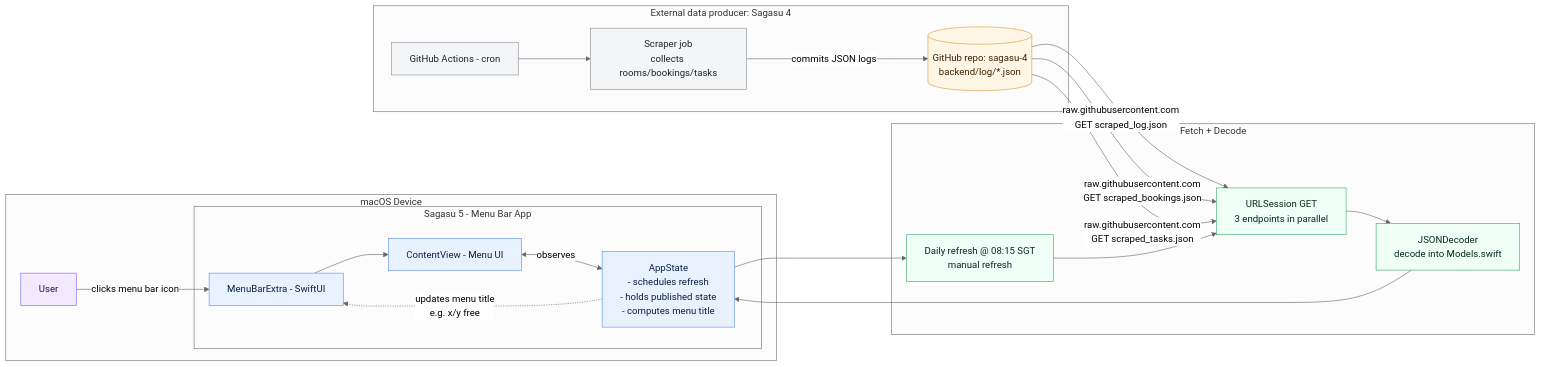
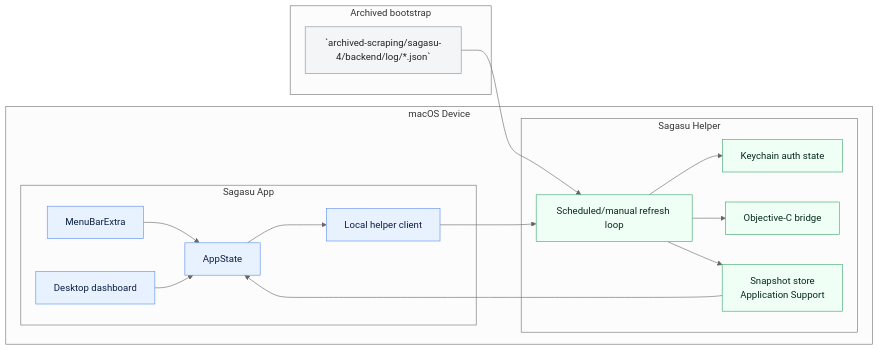
One commit to gongahkia/sagasu-5 changed the diagram in README.md. Above: the diagram before and after it, drawn with Mermaid (neutral theme). The commit also changed other lines of this file, not shown here.

Commit message:
Document the new local app and helper architecture.

````diff
--- a/README.md
+++ b/README.md
@@ -24,61 +24,40 @@
 ```mermaid
 flowchart LR
-  %% Sagasu 5 - Architecture-as-code (Mermaid)
+  classDef app fill:#E8F2FF,stroke:#5B8DEF,stroke-width:1px,color:#0B1F44;
+  classDef helper fill:#EFFFF5,stroke:#3AA76D,stroke-width:1px,color:#062A17;
+  classDef data fill:#FFF6E5,stroke:#D49B3A,stroke-width:1px,color:#3B2103;
+  classDef archive fill:#F4F5F7,stroke:#8A8F98,stroke-width:1px,color:#1F2328;
 
-  %% ===== Styles =====
-  classDef app fill:#E8F2FF,stroke:#5B8DEF,stroke-width:1px,color:#0B1F44;
-  classDef service fill:#EFFFF5,stroke:#3AA76D,stroke-width:1px,color:#062A17;
-  classDef data fill:#FFF6E5,stroke:#D49B3A,stroke-width:1px,color:#3B2103;
-  classDef external fill:#F4F5F7,stroke:#8A8F98,stroke-width:1px,color:#1F2328;
-  classDef user fill:#F2E9FF,stroke:#7B61FF,stroke-width:1px,color:#20124D;
+  subgraph mac[macOS Device]
+    subgraph app[Sagasu App]
+      MB[MenuBarExtra]
+      DASH[Desktop dashboard]
+      STATE[AppState]
+      CLIENT[Local helper client]
+      class MB,DASH,STATE,CLIENT app
+    end
 
-  %% ===== User / Device =====
-  subgraph mac[macOS Device]
-    U[User]
-    class U user
-
-    subgraph s5[Sagasu 5 - Menu Bar App]
-      MB[MenuBarExtra - SwiftUI]
-      UI[ContentView - Menu UI]
-      AS[AppState\n- schedules refresh\n- holds published state\n- computes menu title]
-      class MB,UI,AS app
+    subgraph helper[Sagasu Helper]
+      LOOP[Scheduled/manual refresh loop]
+      STORE[Snapshot store\nApplication Support]
+      AUTH[Keychain auth state]
+      BRIDGE[Objective-C bridge]
+      class LOOP,STORE,AUTH,BRIDGE helper
     end
   end
 
-  U -->|clicks menu bar icon| MB
-  MB --> UI
-  UI <-->|observes| AS
-
-  %% ===== Networking / Fetch =====
-  subgraph net[Fetch + Decode]
-    SCHED[Daily refresh @ 08:15 SGT\nmanual refresh]
-    HTTP[URLSession GET\n3 endpoints in parallel]
-    DEC[JSONDecoder\ndecode into Models.swift]
-    class SCHED,HTTP,DEC service
+  subgraph archive[Archived bootstrap]
+    S4[`archived-scraping/sagasu-4/backend/log/*.json`]
+    class S4 archive
   end
 
-  AS --> SCHED
-  SCHED --> HTTP
-  HTTP --> DEC
-  DEC --> AS
-
-  %% ===== Data Source (external) =====
-  subgraph ext[External data producer: Sagasu 4]
-    CRON[GitHub Actions - cron]
-    SCRAPE[Scraper job\ncollects rooms/bookings/tasks]
-    REPO[(GitHub repo: sagasu-4\nbackend/log/*.json)]
-    class CRON,SCRAPE external
-    class REPO data
-
-    CRON --> SCRAPE
-    SCRAPE -->|commits JSON logs| REPO
-  end
-
-  %% ===== Consumption =====
-  REPO -->|raw.githubusercontent.com\nGET scraped_log.json| HTTP
-  REPO -->|raw.githubusercontent.com\nGET scraped_bookings.json| HTTP
-  REPO -->|raw.githubusercontent.com\nGET scraped_tasks.json| HTTP
-
-  %% ===== Notes =====
-  AS -.->|updates menu title\ne.g. x/y free| MB
+  MB --> STATE
+  DASH --> STATE
+  STATE --> CLIENT
+  CLIENT --> LOOP
+  LOOP --> AUTH
+  LOOP --> BRIDGE
+  LOOP --> STORE
+  S4 --> LOOP
+  STORE --> STATE
 ```
````
